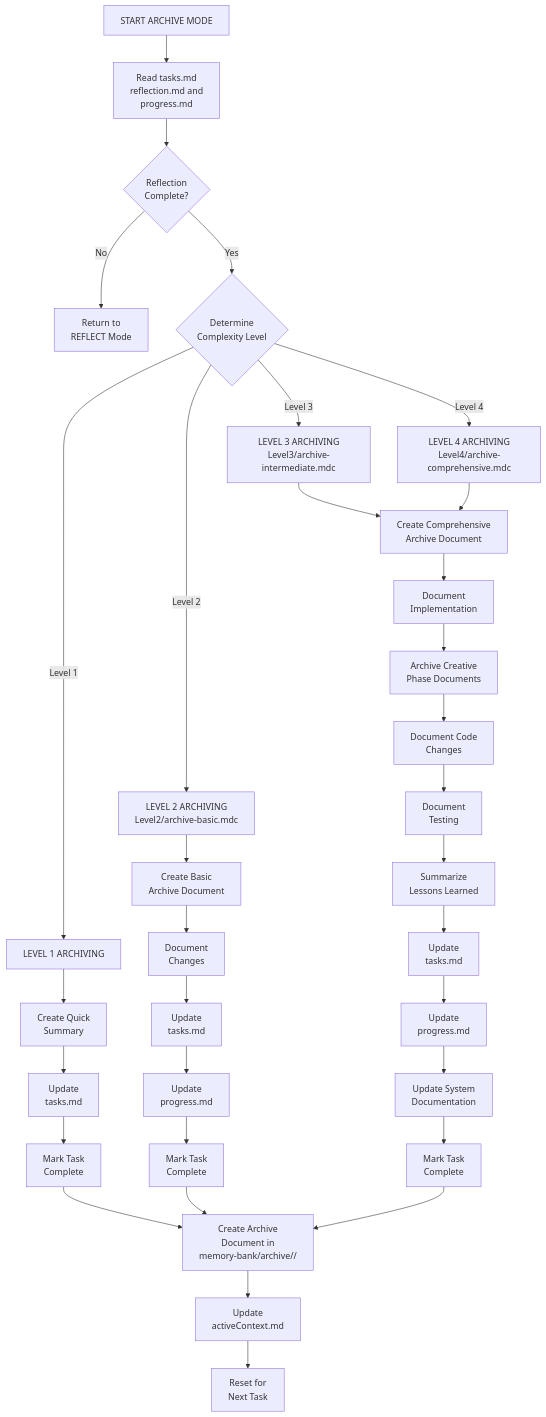
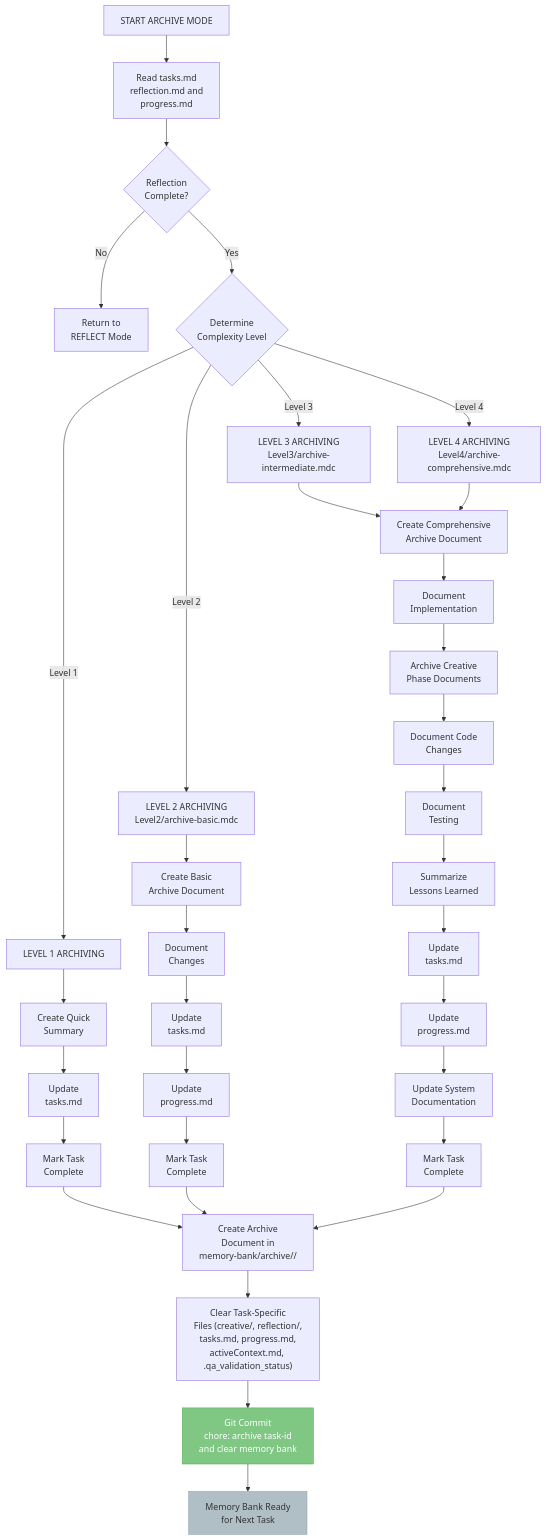
One commit to Texarkanine/a16n changed the first of 6 diagrams in .cursor/rules/shared/niko/visual-maps/archive-mode-map.mdc. Above: the diagram before and after it, drawn with Mermaid. The commit also changed other lines of this file and 25 other files, not shown here.

````diff
--- a/.cursor/rules/shared/niko/visual-maps/archive-mode-map.mdc
+++ b/.cursor/rules/shared/niko/visual-maps/archive-mode-map.mdc
@@ -13,44 +13,48 @@
 ```mermaid
 graph TD
     Start["START ARCHIVE MODE"] --> ReadTasks["Read tasks.md<br>reflection.md and<br>progress.md"]
     
     %% Initial Assessment
     ReadTasks --> VerifyReflect{"Reflection<br>Complete?"}
     VerifyReflect -->|"No"| ReturnReflect["Return to<br>REFLECT Mode"]
     VerifyReflect -->|"Yes"| AssessLevel{"Determine<br>Complexity Level"}
     
     %% Level-Based Archiving
     AssessLevel -->|"Level 1"| L1Archive["LEVEL 1 ARCHIVING"]
     AssessLevel -->|"Level 2"| L2Archive["LEVEL 2 ARCHIVING<br>Level2/archive-basic.mdc"]
     AssessLevel -->|"Level 3"| L3Archive["LEVEL 3 ARCHIVING<br>Level3/archive-intermediate.mdc"]
     AssessLevel -->|"Level 4"| L4Archive["LEVEL 4 ARCHIVING<br>Level4/archive-comprehensive.mdc"]
     
     %% Level 1 Archiving (Minimal)
     L1Archive --> L1Summary["Create Quick<br>Summary"]
     L1Summary --> L1Task["Update<br>tasks.md"]
     L1Task --> L1Complete["Mark Task<br>Complete"]
     
     %% Level 2 Archiving (Basic)
     L2Archive --> L2Summary["Create Basic<br>Archive Document"]
     L2Summary --> L2Doc["Document<br>Changes"]
     L2Doc --> L2Task["Update<br>tasks.md"]
     L2Task --> L2Progress["Update<br>progress.md"]
     L2Progress --> L2Complete["Mark Task<br>Complete"]
     
     %% Level 3-4 Archiving (Comprehensive)
     L3Archive & L4Archive --> L34Summary["Create Comprehensive<br>Archive Document"]
     L34Summary --> L34Doc["Document<br>Implementation"]
     L34Doc --> L34Creative["Archive Creative<br>Phase Documents"]
     L34Creative --> L34Code["Document Code<br>Changes"]
     L34Code --> L34Test["Document<br>Testing"]
     L34Test --> L34Lessons["Summarize<br>Lessons Learned"]
     L34Lessons --> L34Task["Update<br>tasks.md"]
     L34Task --> L34Progress["Update<br>progress.md"]
     L34Progress --> L34System["Update System<br>Documentation"]
     L34System --> L34Complete["Mark Task<br>Complete"]
     
-    %% Completion
+    %% Completion - Archive, Clear, and Commit
     L1Complete & L2Complete & L34Complete --> CreateArchive["Create Archive<br>Document in<br>memory-bank/archive/<kind>/"]
-    CreateArchive --> UpdateActive["Update<br>activeContext.md"]
-    UpdateActive --> Reset["Reset for<br>Next Task"]
+    CreateArchive --> ClearFiles["Clear Task-Specific<br>Files (creative/, reflection/,<br>tasks.md, progress.md,<br>activeContext.md, .qa_validation_status)"]
+    ClearFiles --> GitCommit["Git Commit<br>chore: archive task-id<br>and clear memory bank"]
+    GitCommit --> Ready["Memory Bank Ready<br>for Next Task"]
+    
+    style GitCommit fill:#81c784,stroke:#4caf50,color:#fff
+    style Ready fill:#b0bec5,stroke:#90a4ae
 ```
````
